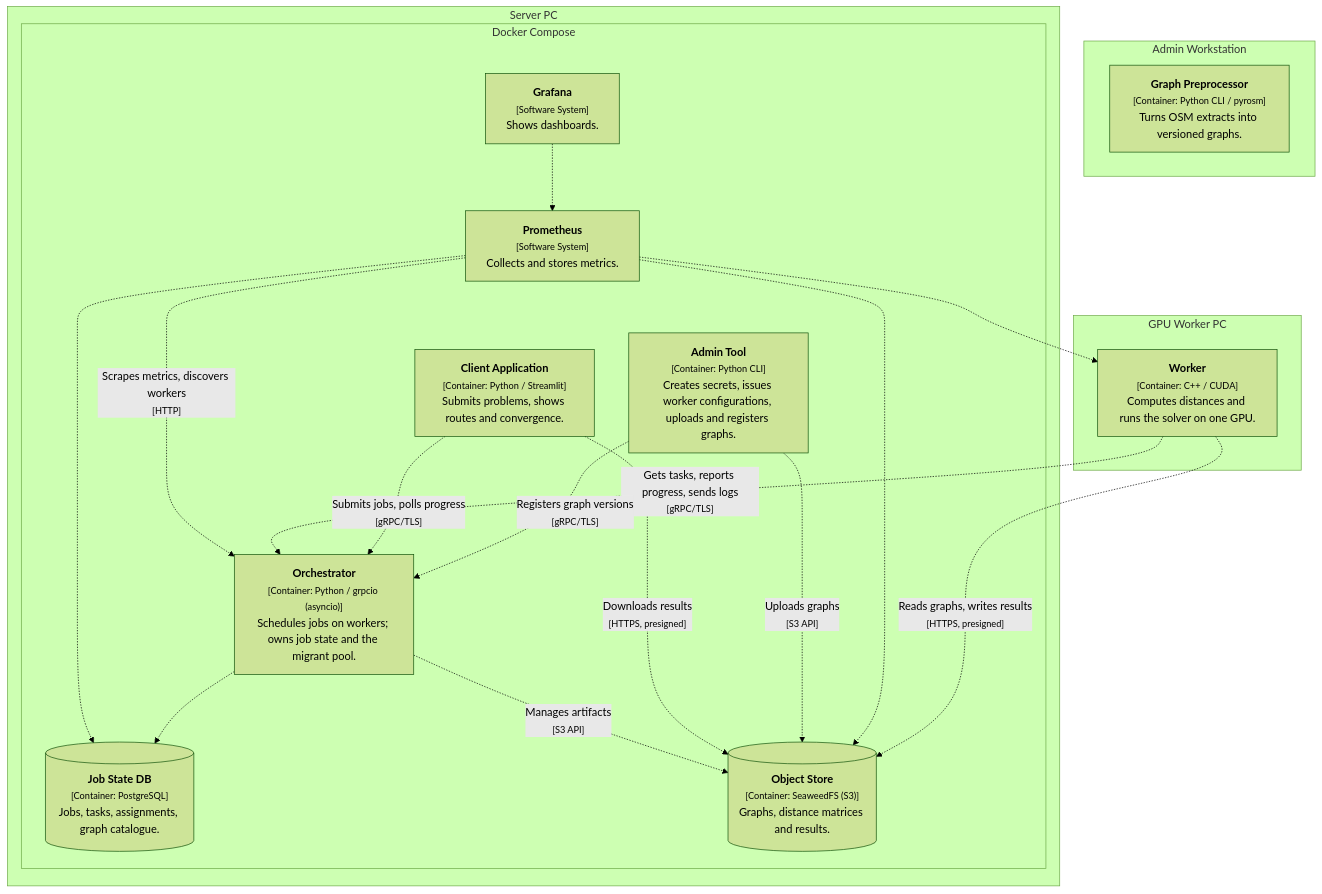
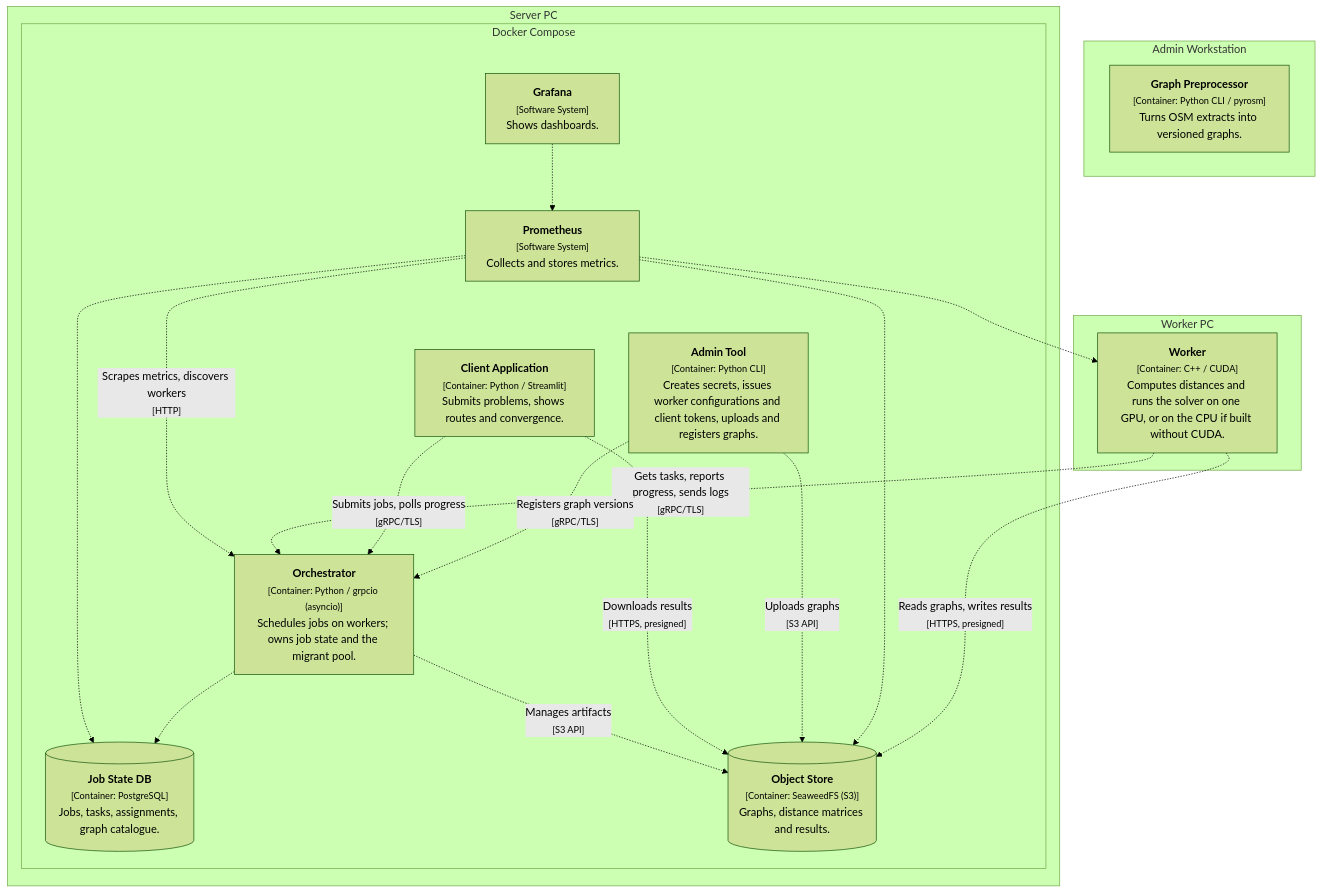
The fifth of 5 diagrams in docs/architecture/README.md (PogSmok/vrp-distributed), drawn with Mermaid (forest theme) before and after one commit. The commit also changed other lines of this file and 54 other files, not shown here.

Commit message:
feat: CPU worker and client sign-in with named tokens

````diff
--- a/docs/architecture/README.md
+++ b/docs/architecture/README.md
@@ -170,43 +170,43 @@
 ```mermaid
 graph TB
 
-    subgraph 110 ["GPU Worker PC"]
+    subgraph 110 ["Worker PC"]
 
-      111["<b>Worker</b><br/><small>[Container: C++ / CUDA]</small><br/>Computes distances and runs the solver on one GPU."]
+      111["<b>Worker</b><br/><small>[Container: C++ / CUDA]</small><br/>Computes distances and runs the solver on one GPU, or on the CPU if built without CUDA."]
     end
 
     subgraph 115 ["Admin Workstation"]
 
       116["<b>Graph Preprocessor</b><br/><small>[Container: Python CLI / pyrosm]</small><br/>Turns OSM extracts into versioned graphs."]
     end
 
     subgraph 91 ["Server PC"]
 
       subgraph 92 ["Docker Compose"]
 
         100[("<b>Object Store</b><br/><small>[Container: SeaweedFS (S3)]</small><br/>Graphs, distance matrices and results.")]
         104["<b>Prometheus</b><br/><small>[Software System]</small><br/>Collects and stores metrics."]
         108["<b>Grafana</b><br/><small>[Software System]</small><br/>Shows dashboards."]
         93["<b>Orchestrator</b><br/><small>[Container: Python / grpcio (asyncio)]</small><br/>Schedules jobs on workers; owns job state and the migrant pool."]
         94["<b>Client Application</b><br/><small>[Container: Python / Streamlit]</small><br/>Submits problems, shows routes and convergence."]
-        96["<b>Admin Tool</b><br/><small>[Container: Python CLI]</small><br/>Creates secrets, issues worker configurations, uploads and registers graphs."]
+        96["<b>Admin Tool</b><br/><small>[Container: Python CLI]</small><br/>Creates secrets, issues worker configurations and client tokens, uploads and registers graphs."]
         98[("<b>Job State DB</b><br/><small>[Container: PostgreSQL]</small><br/>Jobs, tasks, assignments, graph catalogue.")]
       end
 
     end
 
     93-. "Manages artifacts<br/><small>[S3 API]</small>" .->100
     94-. "Downloads results<br/><small>[HTTPS, presigned]</small>" .->100
     96-. "Uploads graphs<br/><small>[S3 API]</small>" .->100
     104-. "Scrapes metrics, discovers workers<br/><small>[HTTP]</small>" .->93
     104-.->98
     104-.->100
     108-.->104
     111-. "Gets tasks, reports progress, sends logs<br/><small>[gRPC/TLS]</small>" .->93
     111-. "Reads graphs, writes results<br/><small>[HTTPS, presigned]</small>" .->100
     104-.->111
     94-. "Submits jobs, polls progress<br/><small>[gRPC/TLS]</small>" .->93
     96-. "Registers graph versions<br/><small>[gRPC/TLS]</small>" .->93
     93-.->98
 
 ```
````
